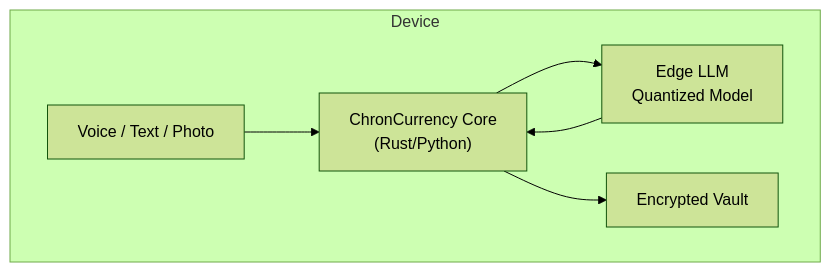
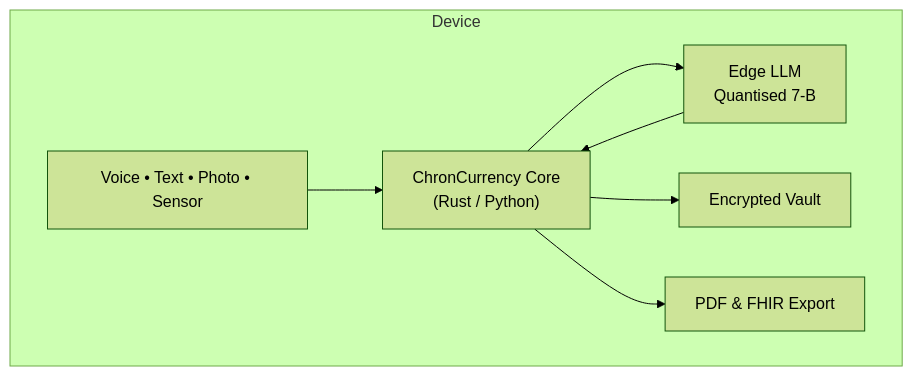
The diagram in README.md (adityasingh2400/Chroncurrency), drawn with Mermaid (forest theme) before and after one commit. The commit also changed other lines of this file, not shown here.

````diff
--- a/README.md
+++ b/README.md
@@ -32,14 +45,16 @@
 ```mermaid
 graph TD
   subgraph Device
-    A["Voice / Text / Photo"]
-    B["ChronCurrency Core<br/>(Rust/Python)"]
-    C["Edge LLM<br/>Quantized Model"]
-    D["Encrypted Vault"]
+    Input["Voice • Text • Photo • Sensor"]
+    Core["ChronCurrency Core\n(Rust / Python)"]
+    Model["Edge LLM\nQuantised 7-B"]
+    Vault["Encrypted Vault"]
+    Export["PDF & FHIR Export"]
   end
 
-  A --> B
-  B --> C
-  C --> B
-  B --> D
+  Input --> Core
+  Core  --> Model
+  Model --> Core
+  Core  --> Vault
+  Core  --> Export
 ```
````
